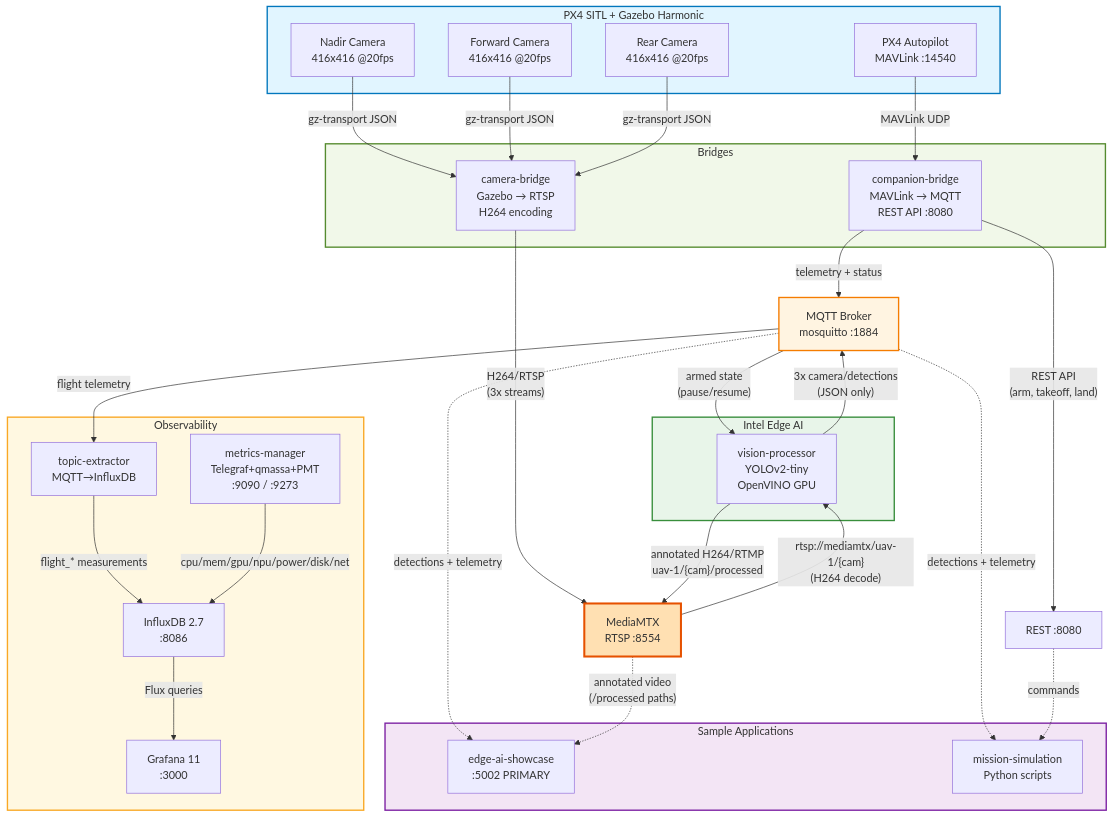
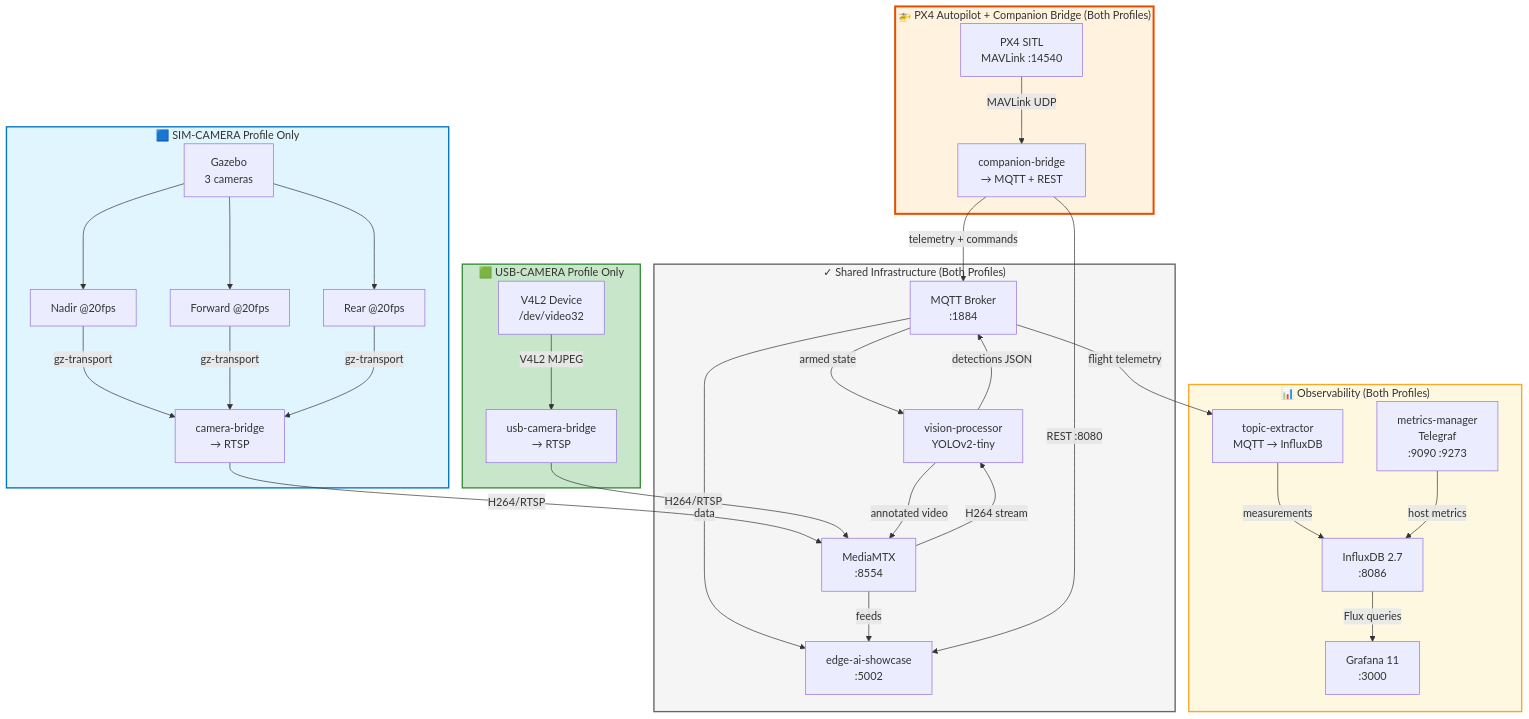
The first of 2 diagrams in federal-aerospace/uav-mission-compute-sdk/docs/ARCHITECTURE.md (open-edge-platform/edge-ai-suites), drawn with Mermaid before and after one commit. The commit also changed other lines of this file and 20 other files, not shown here.

First line of the commit message:
added usb camera bridge

````diff
--- a/federal-aerospace/uav-mission-compute-sdk/docs/ARCHITECTURE.md
+++ b/federal-aerospace/uav-mission-compute-sdk/docs/ARCHITECTURE.md
@@ -10,59 +23,64 @@
 ```mermaid
 flowchart TD
-    subgraph SIM["PX4 SITL + Gazebo Harmonic"]
-        PX4["PX4 Autopilot<br/>MAVLink :14540"]
-        CAM1["Nadir Camera<br/>416x416 @20fps"]
-        CAM2["Forward Camera<br/>416x416 @20fps"]
-        CAM3["Rear Camera<br/>416x416 @20fps"]
+    subgraph PX4_SHARED["🚁 PX4 Autopilot + Companion Bridge (Both Profiles)"]
+        PX4["PX4 SITL<br/>MAVLink :14540"]
+        CPAN["companion-bridge<br/>→ MQTT + REST"]
     end
     
-    subgraph BRIDGE["Bridges"]
-        CB["companion-bridge<br/>MAVLink → MQTT<br/>REST API :8080"]
-        MCB["camera-bridge<br/>Gazebo → RTSP<br/>H264 encoding"]
+    subgraph SIM["🟦 SIM-CAMERA Profile Only"]
+        GAZ["Gazebo<br/>3 cameras"]
+        CAM1["Nadir @20fps"]
+        CAM2["Forward @20fps"]
+        CAM3["Rear @20fps"]
+        CB["camera-bridge<br/>→ RTSP"]
     end
     
-    PX4 -->|MAVLink UDP| CB
-    CAM1 & CAM2 & CAM3 -->|gz-transport JSON| MCB
-    
-    CB -->|telemetry + status| MQTT["MQTT Broker<br/>mosquitto :1884"]
-    CB -->|"REST API<br/>(arm, takeoff, land)"| REST[REST :8080]
-    MCB -->|"H264/RTSP<br/>(3x streams)"| RTSP["MediaMTX<br/>RTSP :8554"]
-    
-    subgraph AI["Intel Edge AI"]
-        VP["vision-processor<br/>YOLOv2-tiny<br/>OpenVINO GPU"]
+    subgraph USB["🟩 USB-CAMERA Profile Only"]
+        USB_CAM["V4L2 Device<br/>/dev/video32"]
+        UCB["usb-camera-bridge<br/>→ RTSP"]
     end
     
-    RTSP -->|"rtsp://mediamtx/uav-1/{cam}<br/>(H264 decode)"| VP
-    MQTT -->|"armed state<br/>(pause/resume)"| VP
-    VP -->|"3x camera/detections<br/>(JSON only)"| MQTT
-    VP -->|"annotated H264/RTMP<br/>uav-1/{cam}/processed"| RTSP
-
-    subgraph OBS["Observability"]
-        TE["topic-extractor<br/>MQTT→InfluxDB"]
-        MM["metrics-manager<br/>Telegraf+qmassa+PMT<br/>:9090 / :9273"]
+    subgraph COMMON["✓ Shared Infrastructure (Both Profiles)"]
+        MQTT["MQTT Broker<br/>:1884"]
+        RTSP["MediaMTX<br/>:8554"]
+        AI["vision-processor<br/>YOLOv2-tiny"]
+        APP["edge-ai-showcase<br/>:5002"]
+    end
+    
+    subgraph OBS["📊 Observability (Both Profiles)"]
+        TE["topic-extractor<br/>MQTT → InfluxDB"]
+        MM["metrics-manager<br/>Telegraf<br/>:9090 :9273"]
         INFLUX["InfluxDB 2.7<br/>:8086"]
         GRAF["Grafana 11<br/>:3000"]
     end
 
+    PX4 -->|MAVLink UDP| CPAN
+    CPAN -->|telemetry + commands| MQTT
+
+    GAZ --> CAM1 & CAM2 & CAM3
+    CAM1 & CAM2 & CAM3 -->|gz-transport| CB
+    CB -->|H264/RTSP| RTSP
+
+    USB_CAM -->|V4L2 MJPEG| UCB
+    UCB -->|H264/RTSP| RTSP
+
+    MQTT -->|armed state| AI
+    RTSP -->|H264 stream| AI
+    AI -->|detections JSON| MQTT
+    AI -->|annotated video| RTSP
+
+    MQTT -->|data| APP
+    RTSP -->|feeds| APP
+    CPAN -->|REST :8080| APP
+
     MQTT -->|flight telemetry| TE
-    TE -->|flight_* measurements| INFLUX
-    MM -->|cpu/mem/gpu/npu/power/disk/net| INFLUX
+    TE -->|measurements| INFLUX
+    MM -->|host metrics| INFLUX
     INFLUX -->|Flux queries| GRAF
-
-    subgraph APPS["Sample Applications"]
-        APP1["edge-ai-showcase<br/>:5002 PRIMARY"]
-        APP4["mission-simulation<br/>Python scripts"]
-    end
     
-    MQTT -.->|detections + telemetry| APP1 & APP4
-    RTSP -.->|"annotated video<br/>(/processed paths)"| APP1
-    REST -.->|commands| APP4
-    
+    style PX4_SHARED fill:#fff3e0,stroke:#e65100,stroke-width:3px
     style SIM fill:#e1f5ff,stroke:#0277bd,stroke-width:2px
-    style BRIDGE fill:#f1f8e9,stroke:#558b2f,stroke-width:2px
-    style MQTT fill:#fff4e1,stroke:#f57c00,stroke-width:2px
-    style RTSP fill:#ffe0b2,stroke:#e65100,stroke-width:3px
-    style AI fill:#e8f5e9,stroke:#388e3c,stroke-width:2px
+    style USB fill:#c8e6c9,stroke:#388e3c,stroke-width:2px
+    style COMMON fill:#f5f5f5,stroke:#666,stroke-width:2px
     style OBS fill:#fff8e1,stroke:#f9a825,stroke-width:2px
-    style APPS fill:#f3e5f5,stroke:#7b1fa2,stroke-width:2px
 ```
````
